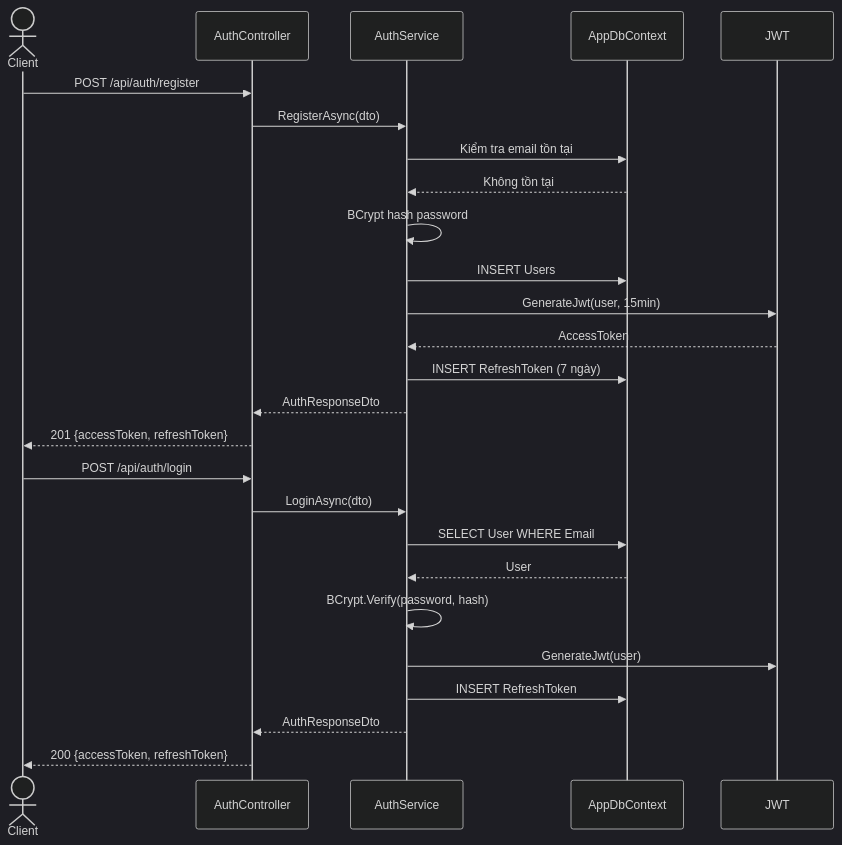
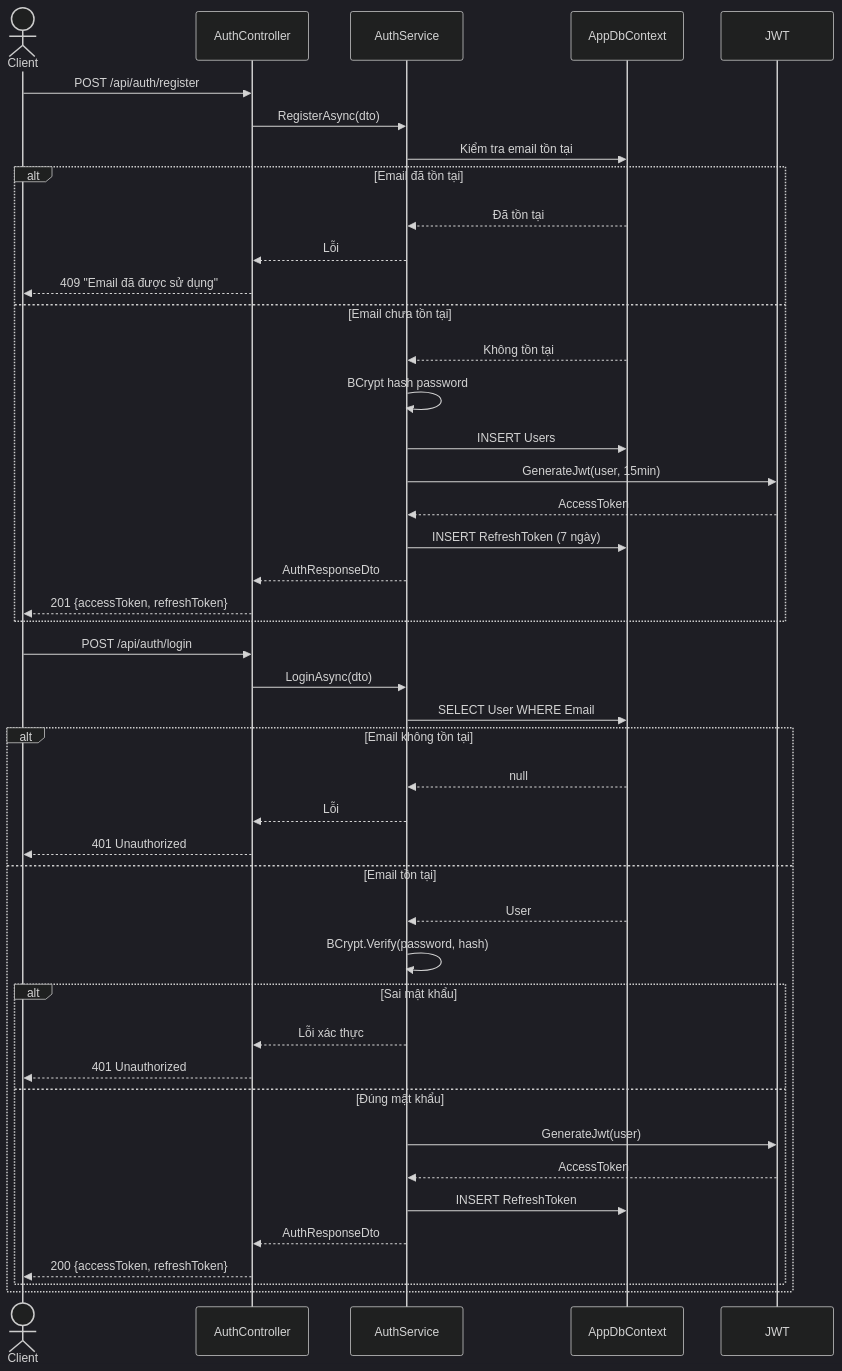
Before and after one commit to MTai55/TourguideProjectApp: diagram 12 of 21 in PRD.md, drawn with Mermaid (dark theme). The commit also changed other lines of this file, not shown here.

Commit message:
diagrams

````diff
--- a/PRD.md
+++ b/PRD.md
@@ -1326,30 +1306,48 @@
 ```mermaid
 sequenceDiagram
     actor Client
     participant AuthController
     participant AuthService
     participant AppDbContext
     participant JWT
 
     Client->>AuthController: POST /api/auth/register
     AuthController->>AuthService: RegisterAsync(dto)
     AuthService->>AppDbContext: Kiểm tra email tồn tại
-    AppDbContext-->>AuthService: Không tồn tại
-    AuthService->>AuthService: BCrypt hash password
-    AuthService->>AppDbContext: INSERT Users
-    AuthService->>JWT: GenerateJwt(user, 15min)
-    JWT-->>AuthService: AccessToken
-    AuthService->>AppDbContext: INSERT RefreshToken (7 ngày)
-    AuthService-->>AuthController: AuthResponseDto
-    AuthController-->>Client: 201 {accessToken, refreshToken}
+    alt Email đã tồn tại
+        AppDbContext-->>AuthService: Đã tồn tại
+        AuthService-->>AuthController: Lỗi
+        AuthController-->>Client: 409 "Email đã được sử dụng"
+    else Email chưa tồn tại
+        AppDbContext-->>AuthService: Không tồn tại
+        AuthService->>AuthService: BCrypt hash password
+        AuthService->>AppDbContext: INSERT Users
+        AuthService->>JWT: GenerateJwt(user, 15min)
+        JWT-->>AuthService: AccessToken
+        AuthService->>AppDbContext: INSERT RefreshToken (7 ngày)
+        AuthService-->>AuthController: AuthResponseDto
+        AuthController-->>Client: 201 {accessToken, refreshToken}
+    end
 
     Client->>AuthController: POST /api/auth/login
     AuthController->>AuthService: LoginAsync(dto)
     AuthService->>AppDbContext: SELECT User WHERE Email
-    AppDbContext-->>AuthService: User
-    AuthService->>AuthService: BCrypt.Verify(password, hash)
-    AuthService->>JWT: GenerateJwt(user)
-    AuthService->>AppDbContext: INSERT RefreshToken
-    AuthService-->>AuthController: AuthResponseDto
-    AuthController-->>Client: 200 {accessToken, refreshToken}
+    alt Email không tồn tại
+        AppDbContext-->>AuthService: null
+        AuthService-->>AuthController: Lỗi
+        AuthController-->>Client: 401 Unauthorized
+    else Email tồn tại
+        AppDbContext-->>AuthService: User
+        AuthService->>AuthService: BCrypt.Verify(password, hash)
+        alt Sai mật khẩu
+            AuthService-->>AuthController: Lỗi xác thực
+            AuthController-->>Client: 401 Unauthorized
+        else Đúng mật khẩu
+            AuthService->>JWT: GenerateJwt(user)
+            JWT-->>AuthService: AccessToken
+            AuthService->>AppDbContext: INSERT RefreshToken
+            AuthService-->>AuthController: AuthResponseDto
+            AuthController-->>Client: 200 {accessToken, refreshToken}
+        end
+    end
 ```
````
